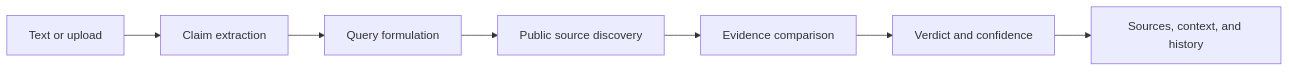
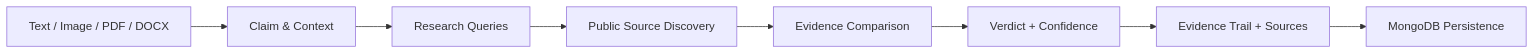
One commit to shivamkumar71/TruLance changed the diagram in README.md. Above: the diagram before and after it, drawn with Mermaid. The commit also changed other lines of this file, not shown here.

Commit message:
Rewrite README for open-source founder-level presentation

````diff
--- a/README.md
+++ b/README.md
@@ -50,9 +73,10 @@
 ```mermaid
 flowchart LR
-		A[Text or upload] --> B[Claim extraction]
-		B --> C[Query formulation]
-		C --> D[Public source discovery]
-		D --> E[Evidence comparison]
-		E --> F[Verdict and confidence]
-		F --> G[Sources, context, and history]
+    A["Text / Image / PDF / DOCX"] --> B["Claim & Context"]
+    B --> C["Research Queries"]
+    C --> D["Public Source Discovery"]
+    D --> E["Evidence Comparison"]
+    E --> F["Verdict + Confidence"]
+    F --> G["Evidence Trail + Sources"]
+    G --> H["MongoDB Persistence"]
 ```
````
